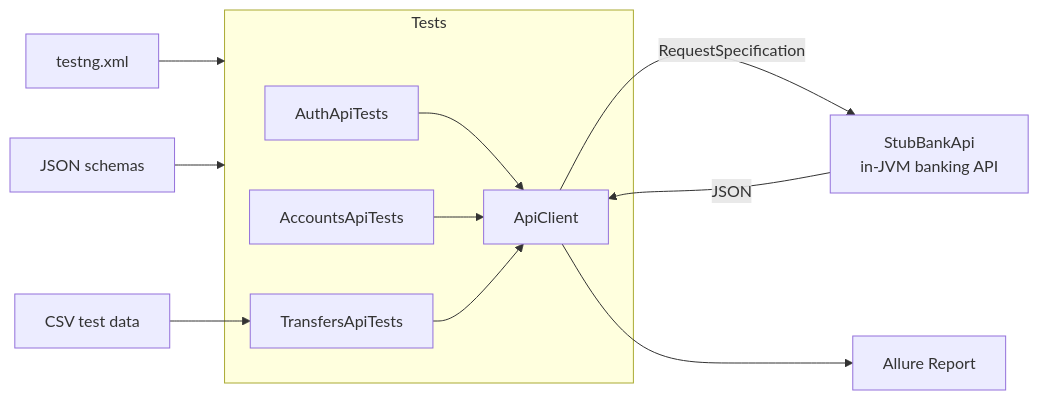
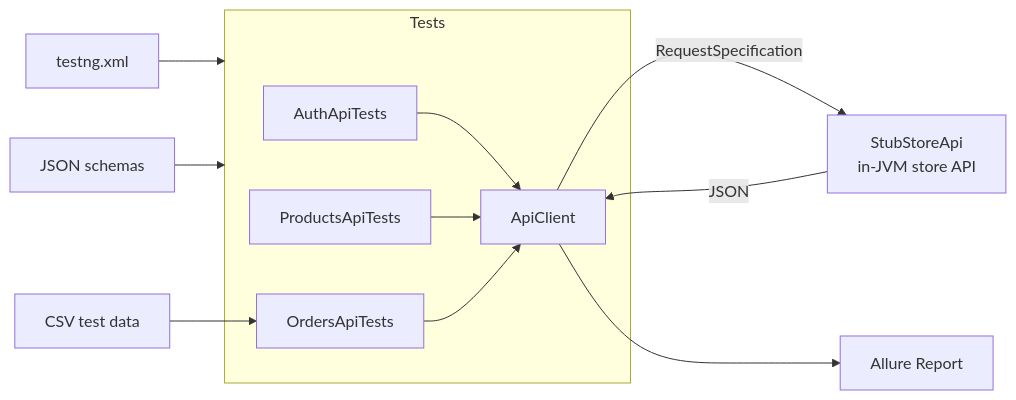
One commit to PrathyushaReddyVeerarapu/banking-api-automation-framework changed the diagram in README.md. Above: the diagram before and after it, drawn with Mermaid. The commit also changed other lines of this file and 28 other files, not shown here.

First line of the commit message:
Retheme: banking -> e-commerce store API

````diff
--- a/README.md
+++ b/README.md
@@ -20,14 +20,14 @@
 ```mermaid
 flowchart LR
     subgraph Tests
         A[AuthApiTests] --> C[ApiClient]
-        B[AccountsApiTests] --> C
-        D[TransfersApiTests] --> C
+        B[ProductsApiTests] --> C
+        D[OrdersApiTests] --> C
     end
-    C -->|RequestSpecification| E[StubBankApi\nin-JVM banking API]
+    C -->|RequestSpecification| E[StubStoreApi\nin-JVM store API]
     E -->|JSON| C
     C --> F[Allure Report]
     G[testng.xml] --> Tests
     H[CSV test data] --> D
     I[JSON schemas] --> Tests
 ```
````
